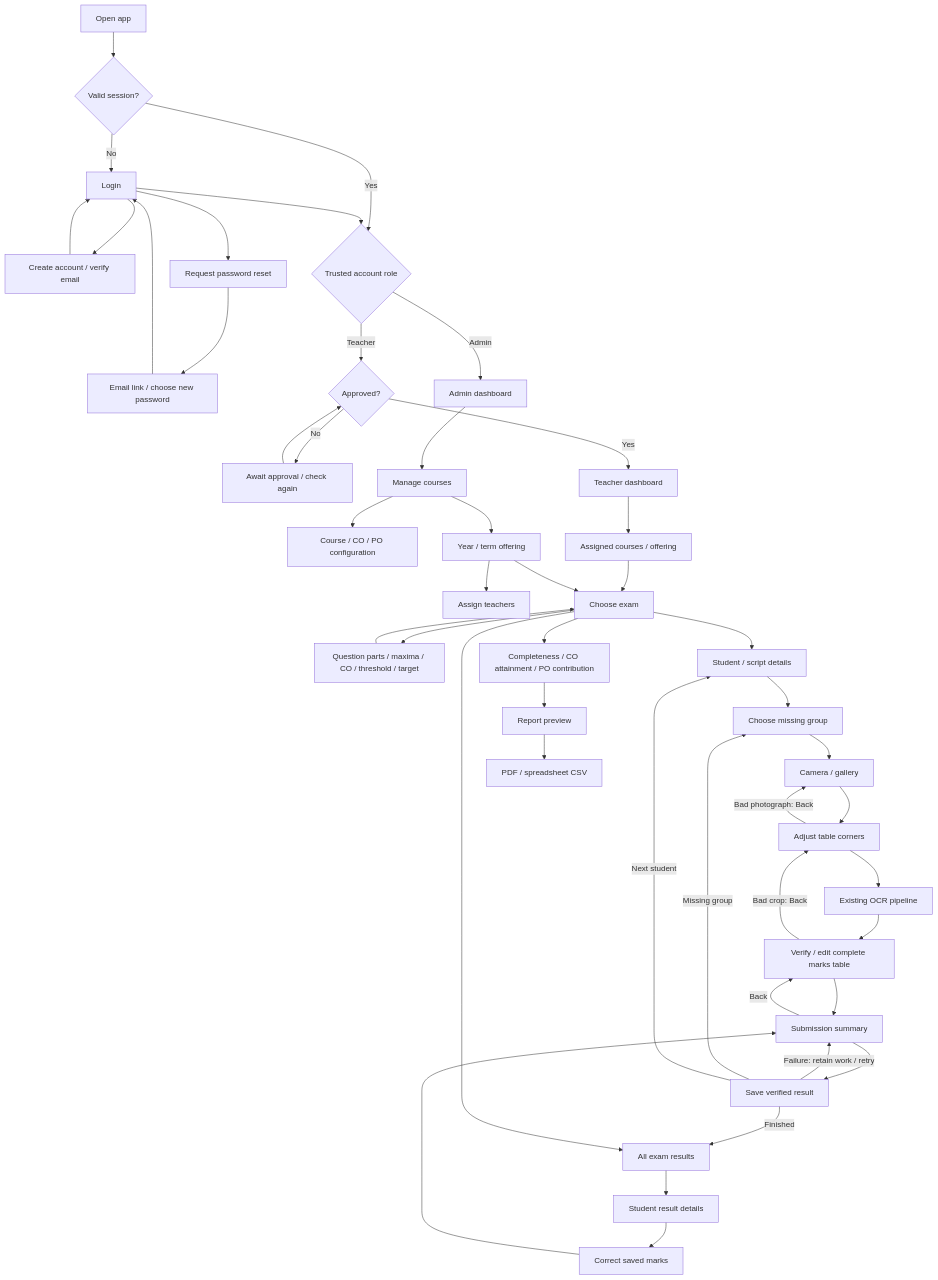
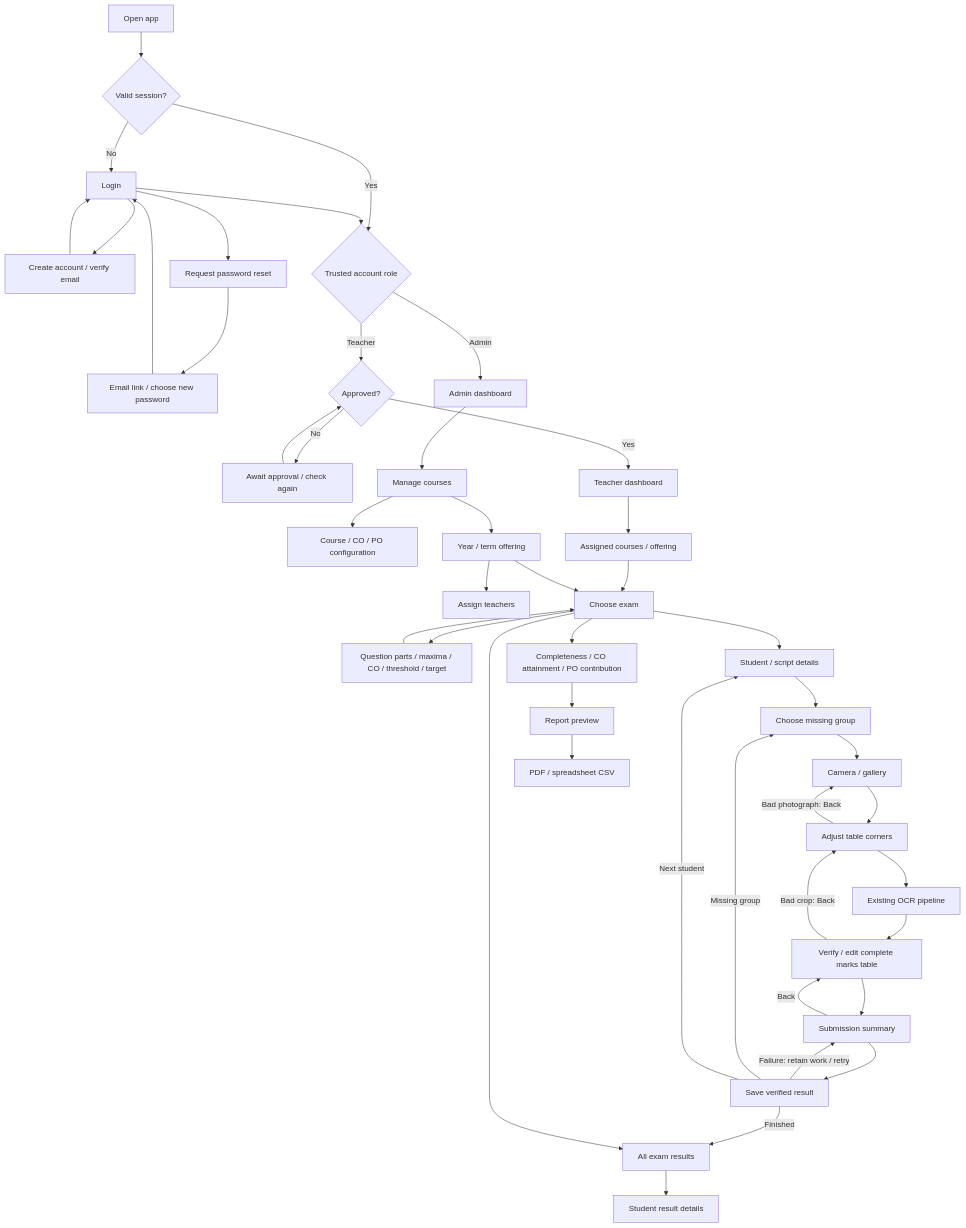
The diagram in docs/WORKFLOW.md (ullas-6575/OBE-Lens-X), drawn with Mermaid before and after one commit. The commit also changed other lines of this file and 26 other files, not shown here.

````diff
--- a/docs/WORKFLOW.md
+++ b/docs/WORKFLOW.md
@@ -46,48 +49,46 @@
 ```mermaid
 flowchart TD
     Entry[Open app] --> Session{Valid session?}
     Session -->|No| Login
     Login --> Signup[Create account / verify email]
     Signup --> Login
     Login --> Reset[Request password reset]
     Reset --> Recovery[Email link / choose new password]
     Recovery --> Login
     Session -->|Yes| Role{Trusted account role}
     Login --> Role
     Role -->|Admin| Admin[Admin dashboard]
     Role -->|Teacher| Approval{Approved?}
     Approval -->|No| Pending[Await approval / check again]
     Pending --> Approval
     Approval -->|Yes| Teacher[Teacher dashboard]
     Admin --> Courses[Manage courses]
     Courses --> Config[Course / CO / PO configuration]
     Courses --> Offering[Year / term offering]
     Offering --> Assign[Assign teachers]
     Teacher --> Assigned[Assigned courses / offering]
     Assigned --> Exam[Choose exam]
     Offering --> Exam
     Exam --> Mapping[Question parts / maxima / CO / threshold / target]
     Mapping --> Exam
     Exam --> Student[Student / script details]
     Student --> Group[Choose missing group]
     Group --> Photo[Camera / gallery]
     Photo --> Crop[Adjust table corners]
     Crop --> Process[Existing OCR pipeline]
     Process --> Verify[Verify / edit complete marks table]
     Verify -->|Bad crop: Back| Crop
     Crop -->|Bad photograph: Back| Photo
     Verify --> Summary[Submission summary]
     Summary -->|Back| Verify
     Summary --> Save[Save verified result]
     Save -->|Failure: retain work / retry| Summary
     Save -->|Missing group| Group
     Save -->|Next student| Student
     Save -->|Finished| Results[All exam results]
     Exam --> Results
     Results --> Detail[Student result details]
-    Detail --> Correct[Correct saved marks]
-    Correct --> Summary
     Exam --> Report[Completeness / CO attainment / PO contribution]
     Report --> Preview[Report preview]
     Preview --> Export[PDF / spreadsheet CSV]
 ```
````
